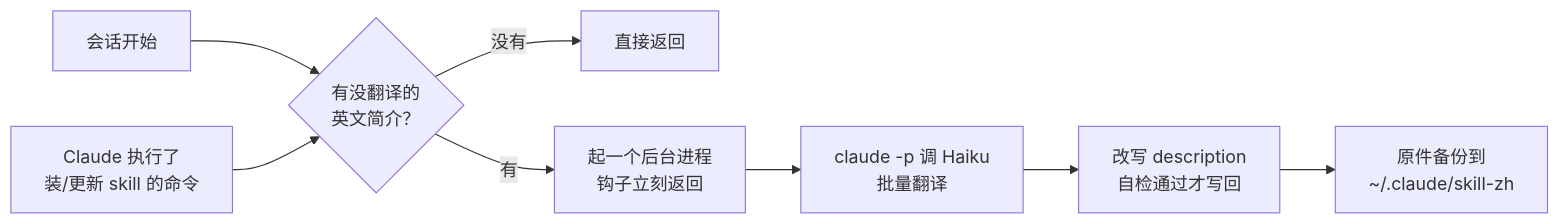
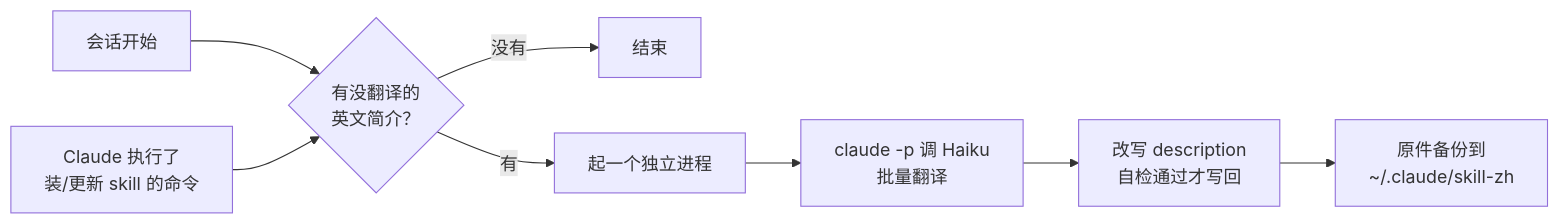
One commit to windery/skill-zh changed the diagram in README.md. Above: the diagram before and after it, drawn with Mermaid. The commit also changed other lines of this file and 33 other files, not shown here.

````diff
--- a/README.md
+++ b/README.md
@@ -34,10 +67,10 @@
 ```mermaid
 flowchart LR
     A[会话开始] --> C{有没翻译的<br>英文简介？}
     B[Claude 执行了<br>装/更新 skill 的命令] --> C
-    C -- 没有 --> X[直接返回]
-    C -- 有 --> D[起一个后台进程<br>钩子立刻返回]
+    C -- 没有 --> X[结束]
+    C -- 有 --> D[起一个独立进程]
     D --> E[claude -p 调 Haiku<br>批量翻译]
     E --> F[改写 description<br>自检通过才写回]
     F --> G[原件备份到<br>~/.claude/skill-zh]
 ```
````
